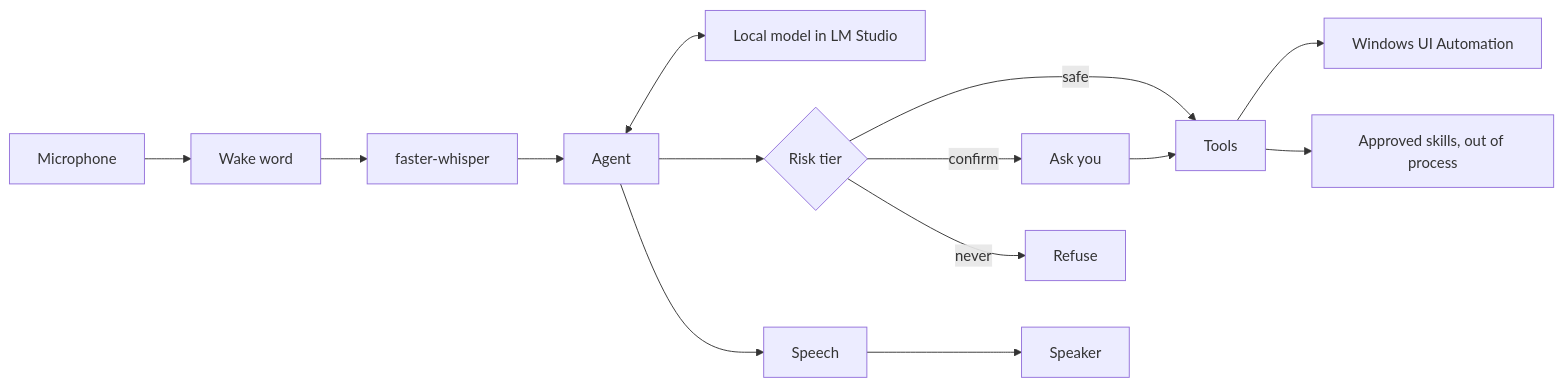
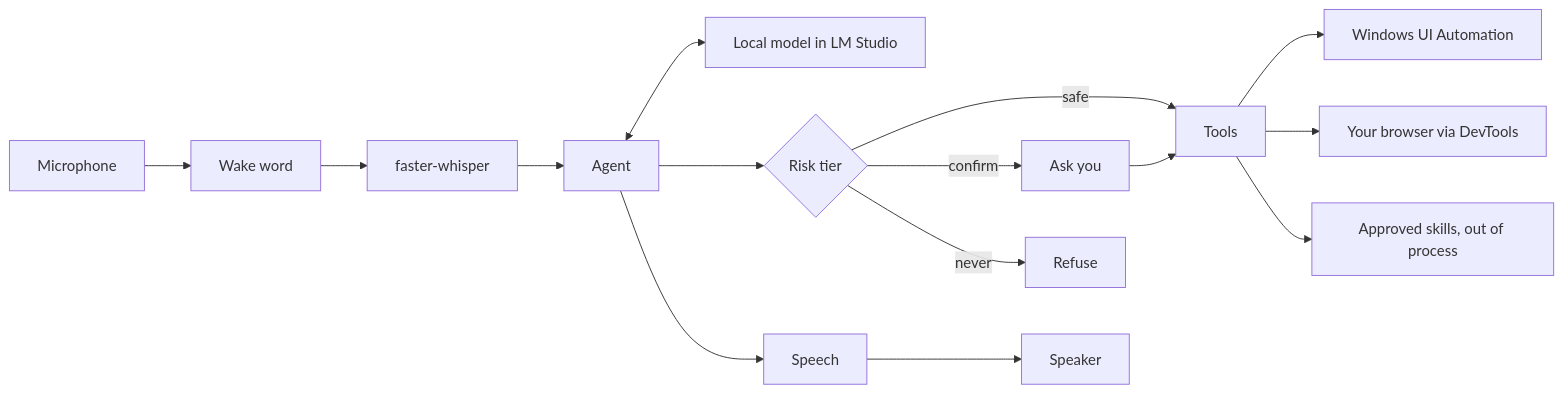
Before and after one commit to sklsp/iris: the first of 2 diagrams in README.md, drawn with Mermaid. The commit also changed other lines of this file and 5 other files, not shown here.

````diff
--- a/README.md
+++ b/README.md
@@ -44,13 +48,14 @@
 ```mermaid
 flowchart LR
   Mic[Microphone] --> Wake[Wake word] --> STT[faster-whisper]
   STT --> Agent
   Agent <--> LLM[Local model in LM Studio]
   Agent --> Tiers{Risk tier}
   Tiers -->|safe| Tools
   Tiers -->|confirm| Ask[Ask you] --> Tools
   Tiers -->|never| Refuse[Refuse]
   Tools --> UIA[Windows UI Automation]
+  Tools --> CDP[Your browser via DevTools]
   Tools --> Skills[Approved skills, out of process]
   Agent --> TTS[Speech] --> Speaker
 ```
````
